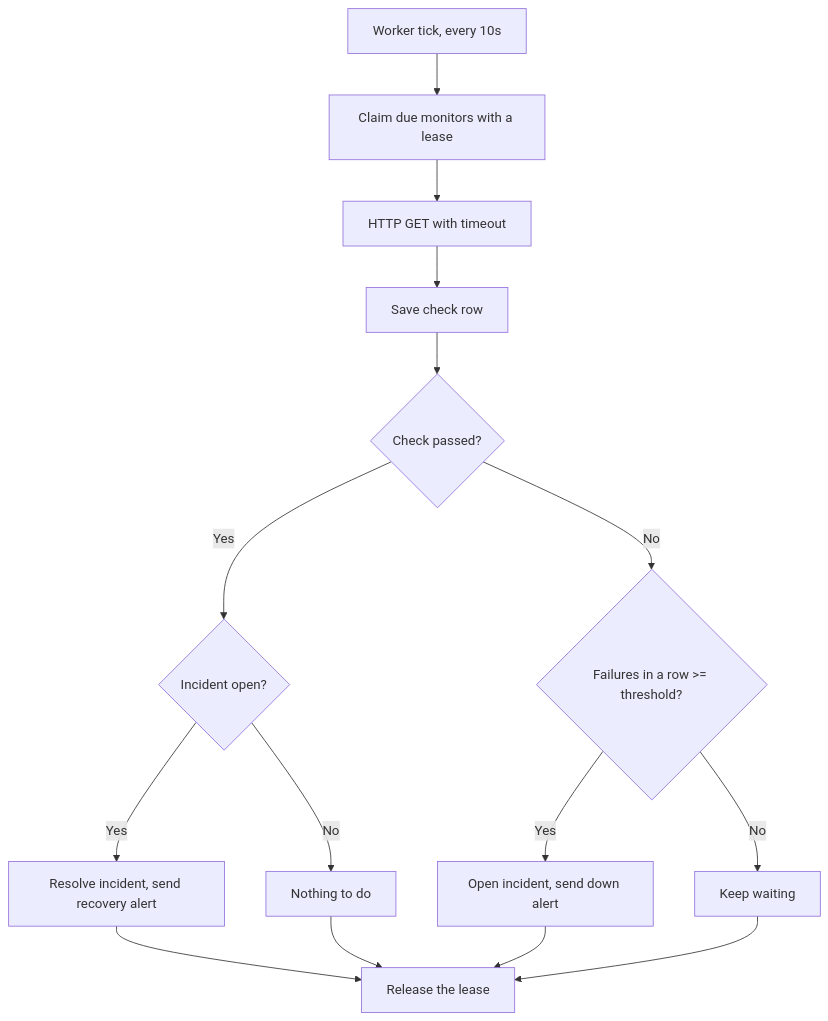
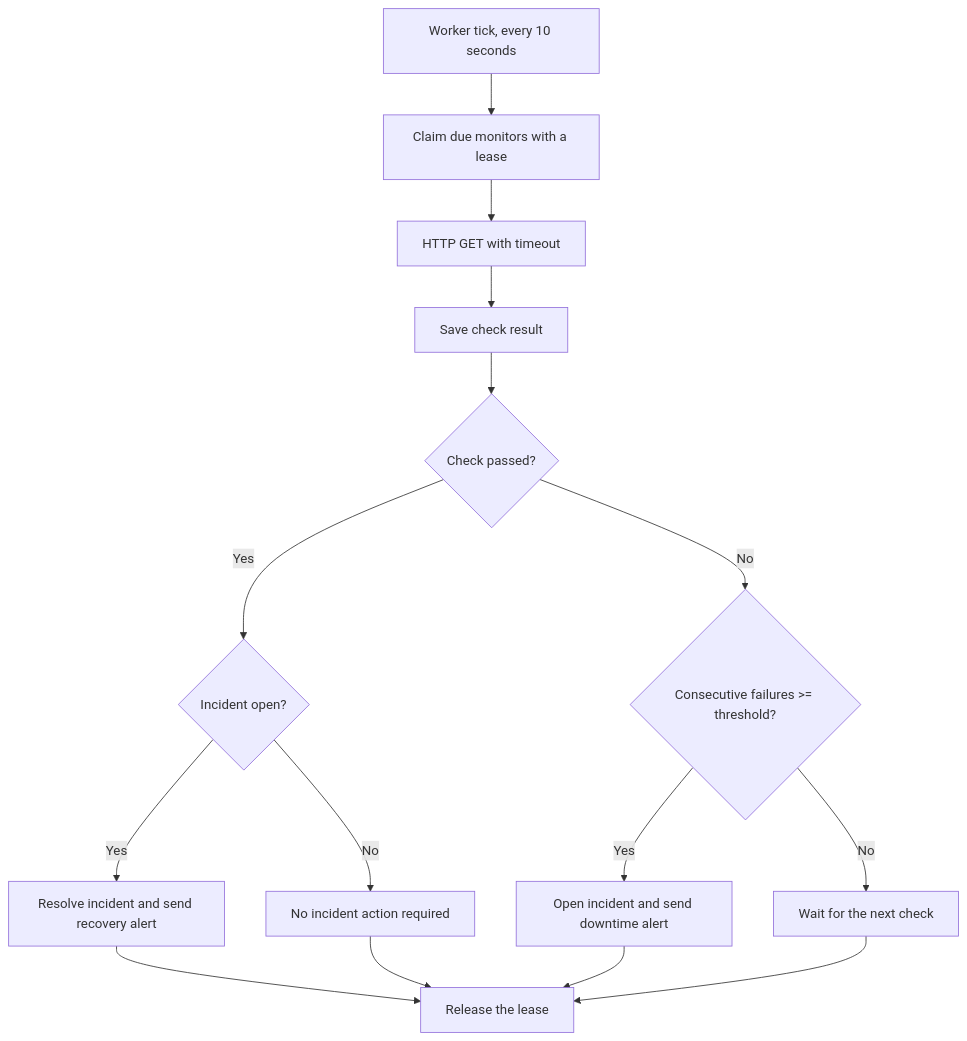
Before and after one commit to Aanushka001/uptimemonitor: the second of 2 diagrams in README.md, drawn with Mermaid. The commit also changed other lines of this file, not shown here.

````diff
--- a/README.md
+++ b/README.md
@@ -69,17 +85,17 @@
 ```mermaid
 flowchart TD
-    A["Worker tick, every 10s"] --> B["Claim due monitors with a lease"]
+    A["Worker tick, every 10 seconds"] --> B["Claim due monitors with a lease"]
     B --> C["HTTP GET with timeout"]
-    C --> D["Save check row"]
+    C --> D["Save check result"]
     D --> E{"Check passed?"}
     E -- Yes --> F{"Incident open?"}
-    F -- Yes --> G["Resolve incident, send recovery alert"]
-    F -- No --> H["Nothing to do"]
-    E -- No --> I{"Failures in a row >= threshold?"}
-    I -- Yes --> J["Open incident, send down alert"]
-    I -- No --> K["Keep waiting"]
+    F -- Yes --> G["Resolve incident and send recovery alert"]
+    F -- No --> H["No incident action required"]
+    E -- No --> I{"Consecutive failures >= threshold?"}
+    I -- Yes --> J["Open incident and send downtime alert"]
+    I -- No --> K["Wait for the next check"]
     G --> L["Release the lease"]
     H --> L
     J --> L
     K --> L
 ```
````
